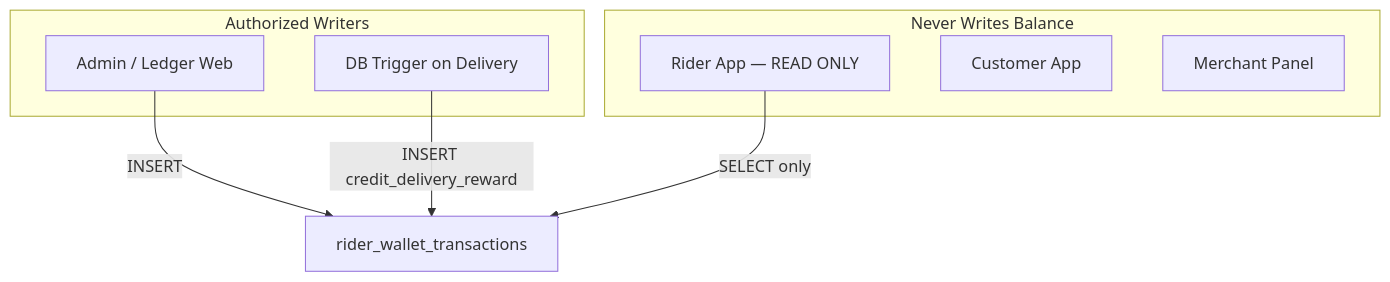
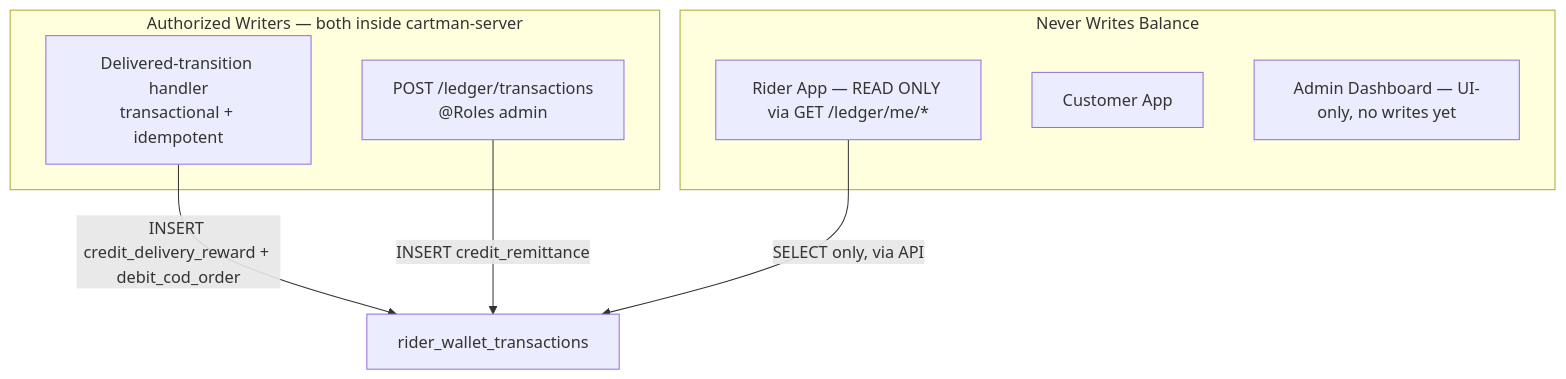
Diagram 13 of 14 in ARCHITECTURE.md (xzen-projects/cartman-ph-docs), drawn with Mermaid before and after one commit. The commit also changed other lines of this file, not shown here.

First line of the commit message:
docs: reconcile ARCHITECTURE.md with implemented server reality

````diff
--- a/ARCHITECTURE.md
+++ b/ARCHITECTURE.md
@@ -774,17 +812,17 @@
 ```mermaid
 flowchart TB
-  subgraph writers [Authorized Writers]
-    AdminLedger[Admin / Ledger Web]
-    DBTrigger[DB Trigger on Delivery]
+  subgraph writers [Authorized Writers — both inside cartman-server]
+    DeliveredTxn[Delivered-transition handler\ntransactional + idempotent]
+    AdminLedgerEndpoint[POST /ledger/transactions\n@Roles admin]
   end
 
   subgraph forbidden [Never Writes Balance]
-    RiderApp[Rider App — READ ONLY]
+    RiderApp[Rider App — READ ONLY via GET /ledger/me/*]
     CustApp[Customer App]
-    MerchPanel[Merchant Panel]
+    AdminWeb[Admin Dashboard — UI-only, no writes yet]
   end
 
-  AdminLedger -->|INSERT| WalletTable[rider_wallet_transactions]
-  DBTrigger -->|INSERT credit_delivery_reward| WalletTable
-  RiderApp -->|SELECT only| WalletTable
+  DeliveredTxn -->|INSERT credit_delivery_reward + debit_cod_order| WalletTable[rider_wallet_transactions]
+  AdminLedgerEndpoint -->|INSERT credit_remittance| WalletTable
+  RiderApp -->|SELECT only, via API| WalletTable
 ```
````
